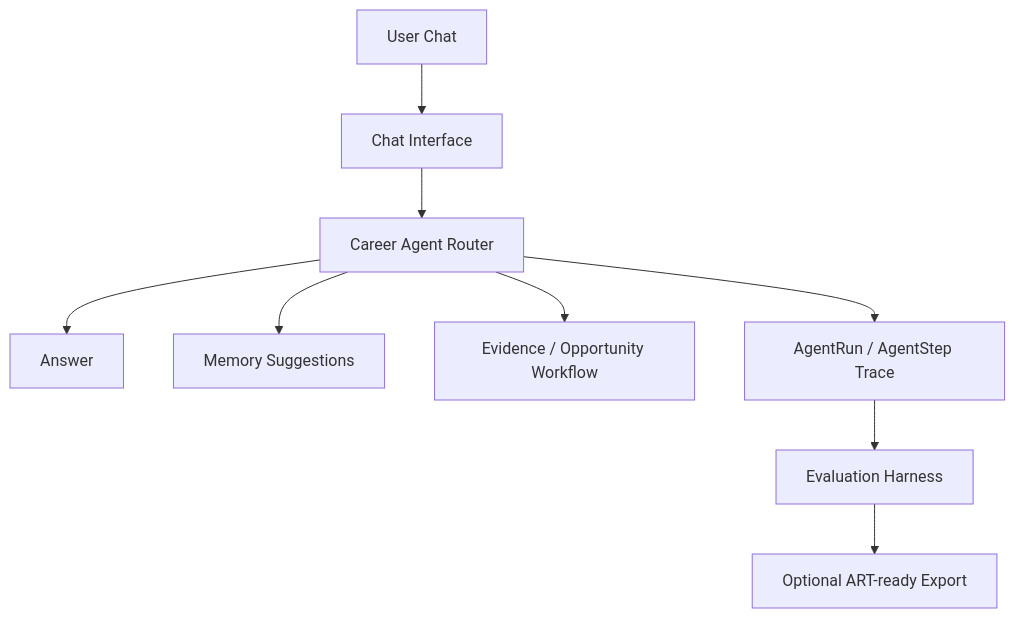
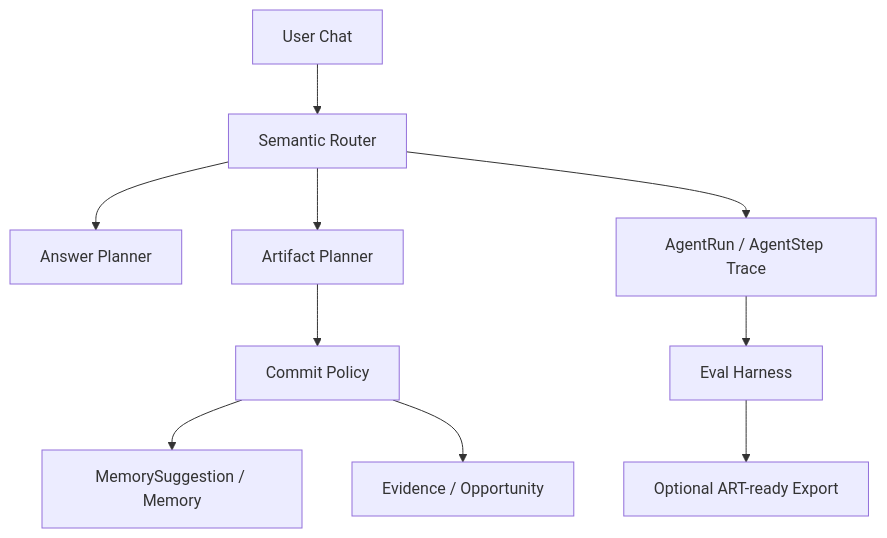
The diagram in README.md (QingyangJiang/career-memory-agent-public), drawn with Mermaid before and after one commit. The commit also changed other lines of this file and 18 other files, not shown here.

Commit message:
Refactor public documentation architecture

````diff
--- a/README.md
+++ b/README.md
@@ -248,11 +85,12 @@
 ```mermaid
 flowchart TD
-    U[User Chat] --> C[Chat Interface]
-    C --> R[Career Agent Router]
-    R --> A[Answer]
-    R --> M[Memory Suggestions]
-    R --> E[Evidence / Opportunity Workflow]
+    U[User Chat] --> R[Semantic Router]
+    R --> A[Answer Planner]
+    R --> P[Artifact Planner]
+    P --> G[Commit Policy]
+    G --> M[MemorySuggestion / Memory]
+    G --> E[Evidence / Opportunity]
     R --> T[AgentRun / AgentStep Trace]
-    T --> EV[Evaluation Harness]
+    T --> EV[Eval Harness]
     EV --> ART[Optional ART-ready Export]
 ```
````
